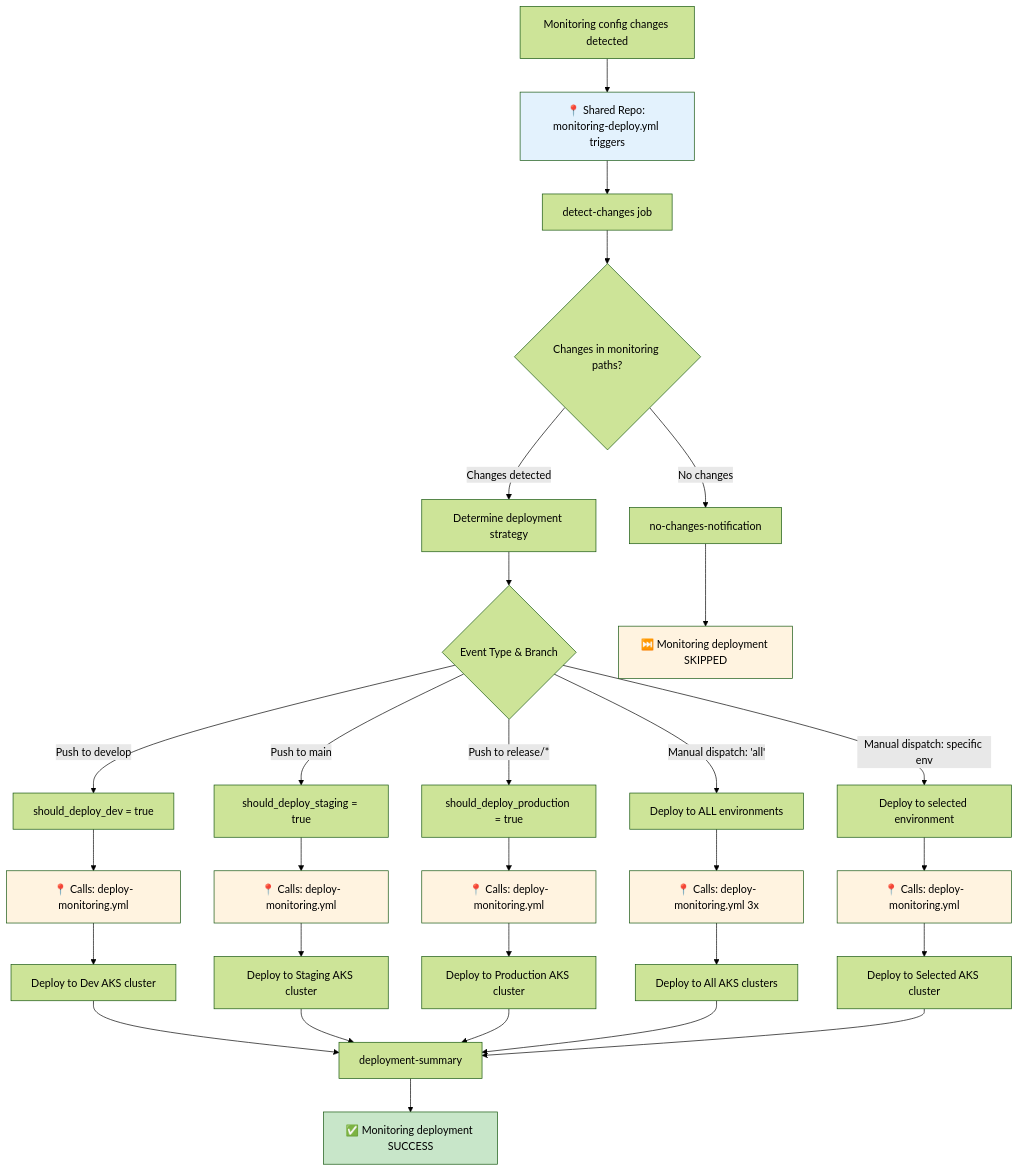
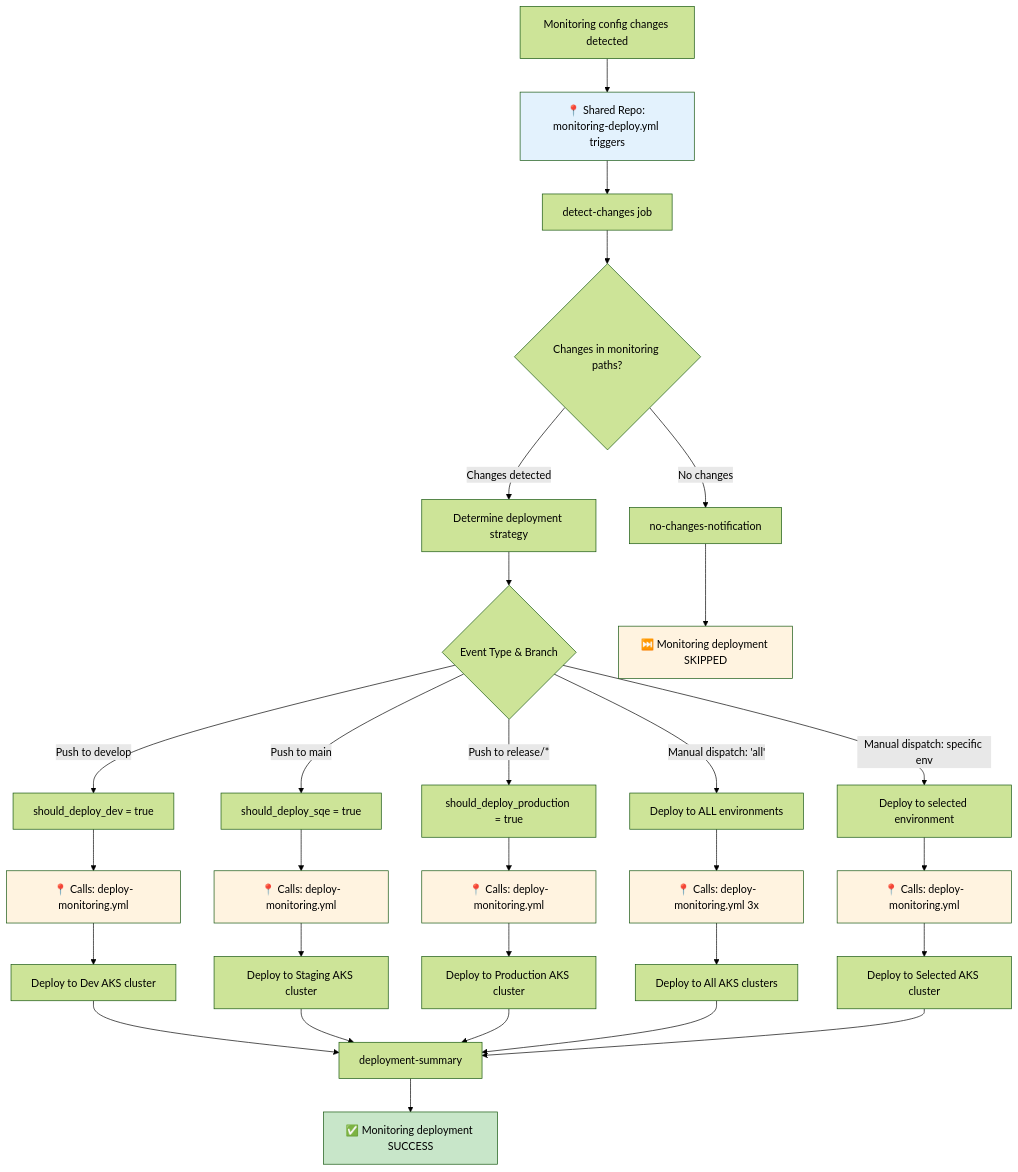
One commit to abhiksd/shared-workflows-testing changed diagram 11 of 16 in docs/DEPLOYMENT_FLOWS_GUIDE.md. Above: the diagram before and after it, drawn with Mermaid (forest theme). The commit also changed other lines of this file and 53 other files, not shown here.

First line of the commit message:
Comprehensive migration: Change staging to sqe across entire codebase

````diff
--- a/docs/DEPLOYMENT_FLOWS_GUIDE.md
+++ b/docs/DEPLOYMENT_FLOWS_GUIDE.md
@@ -456,47 +456,47 @@
 ```mermaid
 flowchart TD
     A[Monitoring config changes detected] --> B[📍 Shared Repo: monitoring-deploy.yml triggers]
     B --> C[detect-changes job]
     
     C --> D{Changes in monitoring paths?}
     D -->|No changes| E[no-changes-notification]
     D -->|Changes detected| F[Determine deployment strategy]
     
     F --> G{Event Type & Branch}
     
     G -->|Push to develop| H[should_deploy_dev = true]
-    G -->|Push to main| I[should_deploy_staging = true]
+    G -->|Push to main| I[should_deploy_sqe = true]
     G -->|Push to release/*| J[should_deploy_production = true]
     G -->|Manual dispatch: 'all'| K[Deploy to ALL environments]
     G -->|Manual dispatch: specific env| L[Deploy to selected environment]
     
     H --> M[📍 Calls: deploy-monitoring.yml]
     I --> N[📍 Calls: deploy-monitoring.yml]
     J --> O[📍 Calls: deploy-monitoring.yml]
     K --> P[📍 Calls: deploy-monitoring.yml 3x]
     L --> Q[📍 Calls: deploy-monitoring.yml]
     
     M --> R[Deploy to Dev AKS cluster]
     N --> S[Deploy to Staging AKS cluster]
     O --> T[Deploy to Production AKS cluster]
     P --> U[Deploy to All AKS clusters]
     Q --> V[Deploy to Selected AKS cluster]
     
     R --> W[deployment-summary]
     S --> W
     T --> W
     U --> W
     V --> W
     
     W --> X[✅ Monitoring deployment SUCCESS]
     E --> Y[⏭️ Monitoring deployment SKIPPED]
     
     style B fill:#e3f2fd
     style M fill:#fff3e0
     style N fill:#fff3e0
     style O fill:#fff3e0
     style P fill:#fff3e0
     style Q fill:#fff3e0
     style X fill:#c8e6c9
     style Y fill:#fff3e0
 ```
````
